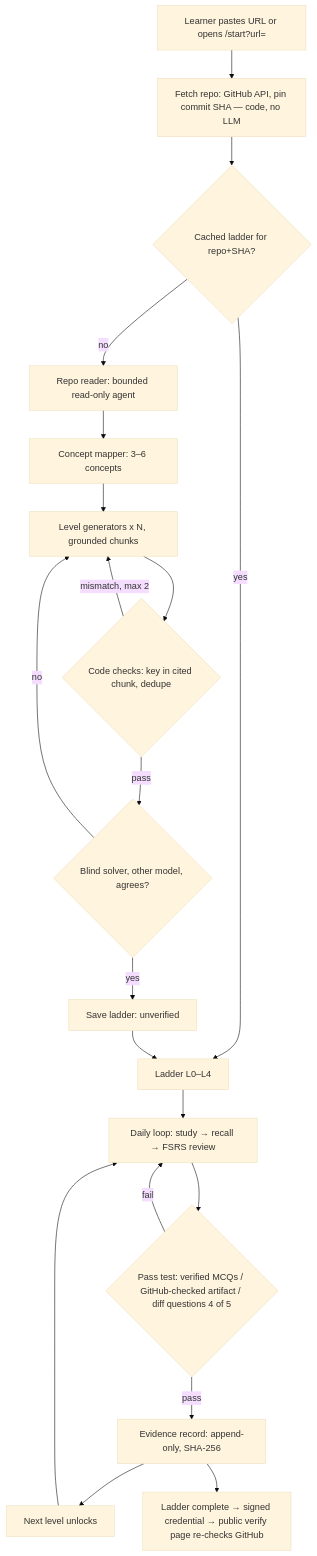
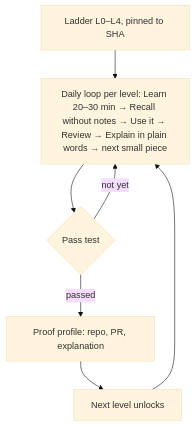
The third of 4 diagrams in docs/MAIN_FLOW.md (thunderkds/idea-ladder), drawn with Mermaid (base theme) before and after one commit. The commit also changed other lines of this file and 1 other file, not shown here.

First line of the commit message:
docs: read all 7 requirement diagrams; main flow + 3 source conflicts

````diff
--- a/docs/MAIN_FLOW.md
+++ b/docs/MAIN_FLOW.md
@@ -5,20 +52,8 @@
 ```mermaid
 flowchart TD
-  U[Learner pastes URL or opens /start?url=] --> F[Fetch repo: GitHub API, pin commit SHA — code, no LLM]
-  F --> C{Cached ladder for repo+SHA?}
-  C -- yes --> L[Ladder L0–L4]
-  C -- no --> R[Repo reader: bounded read-only agent]
-  R --> M[Concept mapper: 3–6 concepts]
-  M --> G[Level generators x N, grounded chunks]
-  G --> K{Code checks: key in cited chunk, dedupe}
-  K -- mismatch, max 2 --> G
-  K -- pass --> B{Blind solver, other model, agrees?}
-  B -- no --> G
-  B -- yes --> S[Save ladder: unverified] --> L
-  L --> D[Daily loop: study → recall → FSRS review]
-  D --> T{Pass test: verified MCQs / GitHub-checked artifact / diff questions 4 of 5}
-  T -- fail --> D
-  T -- pass --> E[Evidence record: append-only, SHA-256] --> N[Next level unlocks]
-  N --> D
-  E --> V[Ladder complete → signed credential → public verify page re-checks GitHub]
+  L[Ladder L0–L4, pinned to SHA] --> D[Daily loop per level: Learn 20–30 min → Recall without notes → Use it → Review → Explain in plain words → next small piece]
+  D --> T{Pass test}
+  T -- not yet --> D
+  T -- passed --> PR[Proof profile: repo, PR, explanation]
+  PR --> N[Next level unlocks] --> D
 ```
````
